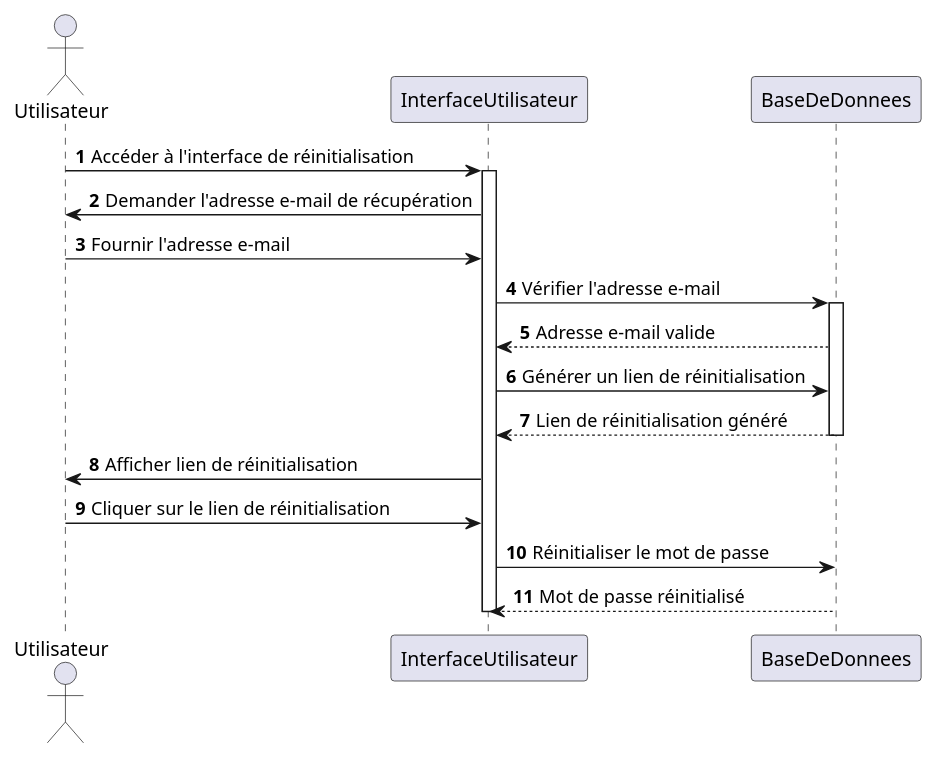
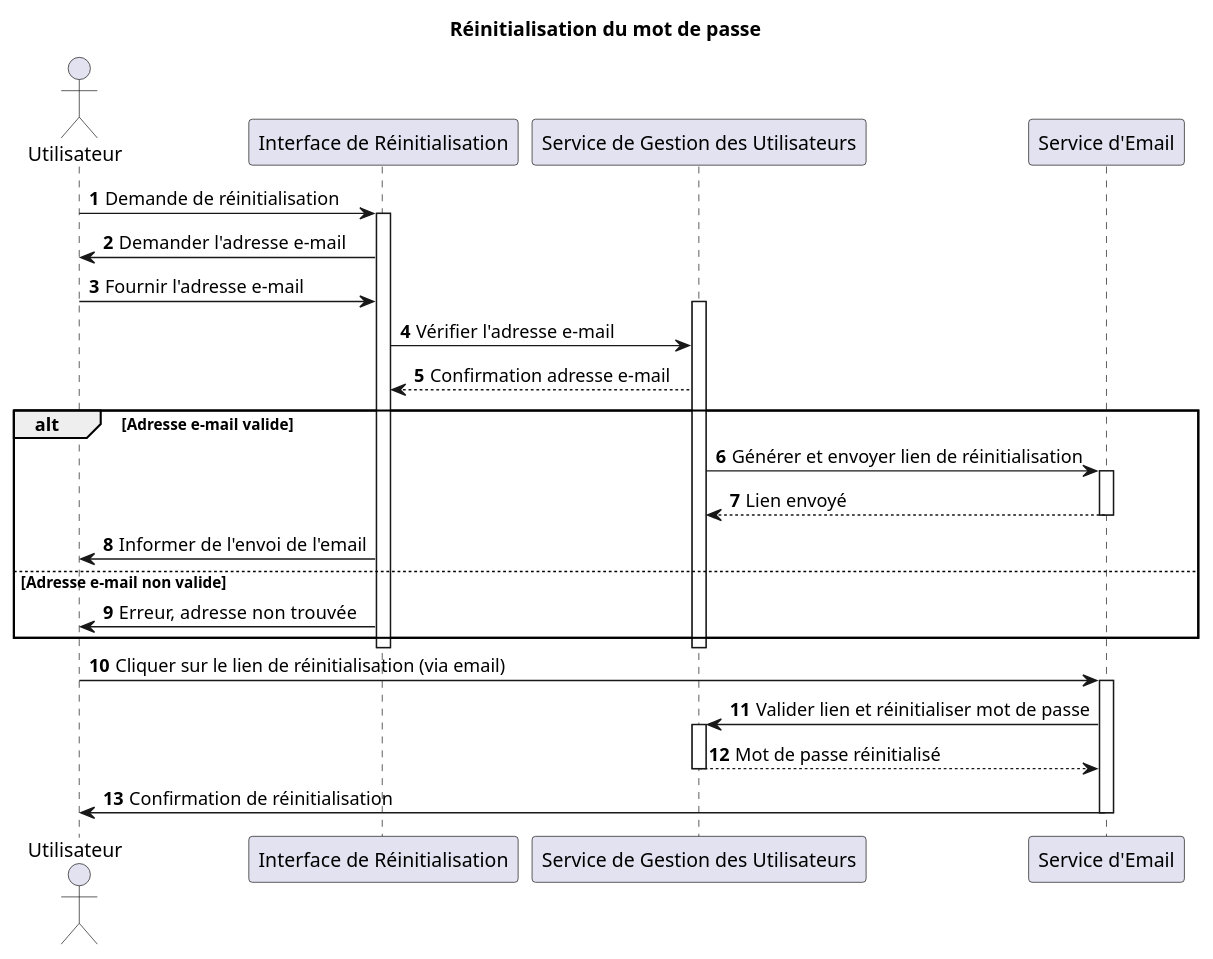
One commit to the-ark-of-noah/architecture-applicative-2024 changed the fifth of 5 diagrams in docs/functional/sequence-diagram-v1.puml. Above: the diagram before and after it, drawn with PlantUML. The commit also changed other lines of this file and 3 other files, not shown here.

```diff
--- a/docs/functional/sequence-diagram-v1.puml
+++ b/docs/functional/sequence-diagram-v1.puml
@@ -74,23 +126,40 @@
-@startuml
+@startuml Réinitialisation du mot de passe
 autonumber
 
+title Réinitialisation du mot de passe
+
 actor Utilisateur
-participant InterfaceUtilisateur
-participant BaseDeDonnees
+participant "Interface de Réinitialisation" as InterfaceUtilisateur
+participant "Service de Gestion des Utilisateurs" as BaseDeDonnees
+participant "Service d'Email" as EmailService
 
-Utilisateur -> InterfaceUtilisateur: Accéder à l'interface de réinitialisation
+Utilisateur -> InterfaceUtilisateur: Demande de réinitialisation
 activate InterfaceUtilisateur
-InterfaceUtilisateur -> Utilisateur: Demander l'adresse e-mail de récupération
+
+InterfaceUtilisateur -> Utilisateur: Demander l'adresse e-mail
 Utilisateur -> InterfaceUtilisateur: Fournir l'adresse e-mail
+activate BaseDeDonnees
 InterfaceUtilisateur -> BaseDeDonnees: Vérifier l'adresse e-mail
+BaseDeDonnees --> InterfaceUtilisateur: Confirmation adresse e-mail
+
+alt Adresse e-mail valide
+    BaseDeDonnees -> EmailService: Générer et envoyer lien de réinitialisation
+    activate EmailService
+    EmailService --> BaseDeDonnees: Lien envoyé
+    deactivate EmailService
+    InterfaceUtilisateur -> Utilisateur: Informer de l'envoi de l'email
+else Adresse e-mail non valide
+    InterfaceUtilisateur -> Utilisateur: Erreur, adresse non trouvée
+end
+deactivate BaseDeDonnees
+deactivate InterfaceUtilisateur
+
+Utilisateur -> EmailService: Cliquer sur le lien de réinitialisation (via email)
+activate EmailService
+EmailService -> BaseDeDonnees: Valider lien et réinitialiser mot de passe
 activate BaseDeDonnees
-BaseDeDonnees --> InterfaceUtilisateur: Adresse e-mail valide
-InterfaceUtilisateur -> BaseDeDonnees: Générer un lien de réinitialisation
-BaseDeDonnees --> InterfaceUtilisateur: Lien de réinitialisation généré
+BaseDeDonnees --> EmailService: Mot de passe réinitialisé
 deactivate BaseDeDonnees
-InterfaceUtilisateur -> Utilisateur: Afficher lien de réinitialisation
-Utilisateur -> InterfaceUtilisateur: Cliquer sur le lien de réinitialisation
-InterfaceUtilisateur -> BaseDeDonnees: Réinitialiser le mot de passe
-BaseDeDonnees --> InterfaceUtilisateur: Mot de passe réinitialisé
-deactivate InterfaceUtilisateur
+EmailService -> Utilisateur: Confirmation de réinitialisation
+deactivate EmailService
 @enduml
```
